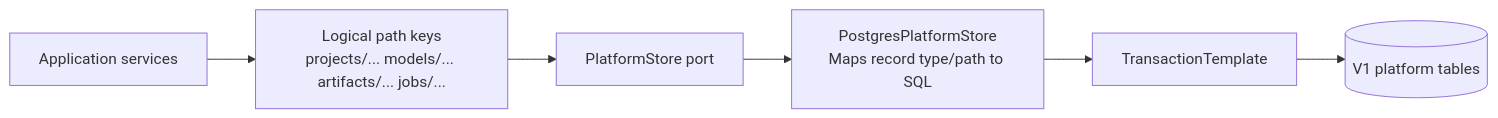
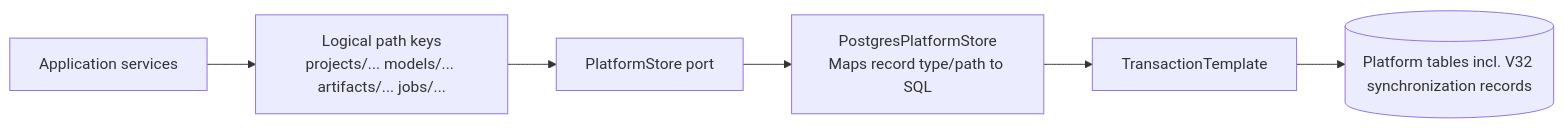
Before and after one commit to mehdieidi/modriss: the second of 2 diagrams in docs/diagrams/07-platform-storage-er.md, drawn with Mermaid. The commit also changed other lines of this file and 13 other files, not shown here.

````diff
--- a/docs/diagrams/07-platform-storage-er.md
+++ b/docs/diagrams/07-platform-storage-er.md
@@ -125,12 +134,12 @@
 ```mermaid
 flowchart LR
     services["Application services"]
     paths["Logical path keys<br/>projects/... models/... artifacts/... jobs/..."]
     store["PlatformStore port"]
     adapter["PostgresPlatformStore<br/>Maps record type/path to SQL"]
     tx["TransactionTemplate"]
-    tables[("V1 platform tables")]
+    tables[("Platform tables incl. V32 synchronization records")]
 
     services --> paths --> store --> adapter
     adapter --> tx --> tables
 ```
````
